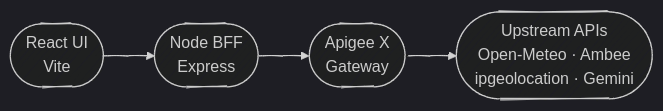
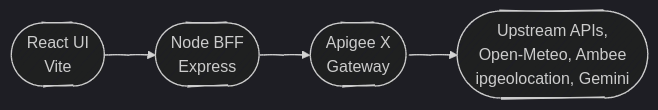
One commit to kacper1zajkowski/ATW changed the first of 2 diagrams in README.md. Above: the diagram before and after it, drawn with Mermaid.

````diff
--- a/README.md
+++ b/README.md
@@ -22,11 +22,11 @@
 ```mermaid
 ---
 config:
   look: handDrawn
   theme: dark
 ---
 flowchart LR
     UI([React UI<br/>Vite]) --> BFF([Node BFF<br/>Express])
     BFF --> Apigee([Apigee X<br/>Gateway])
-    Apigee --> Upstream([Upstream APIs<br/>Open-Meteo · Ambee<br/>ipgeolocation · Gemini])
+    Apigee --> Upstream([Upstream APIs,<br/> Open-Meteo, Ambee<br/>ipgeolocation, Gemini])
 ```
````
